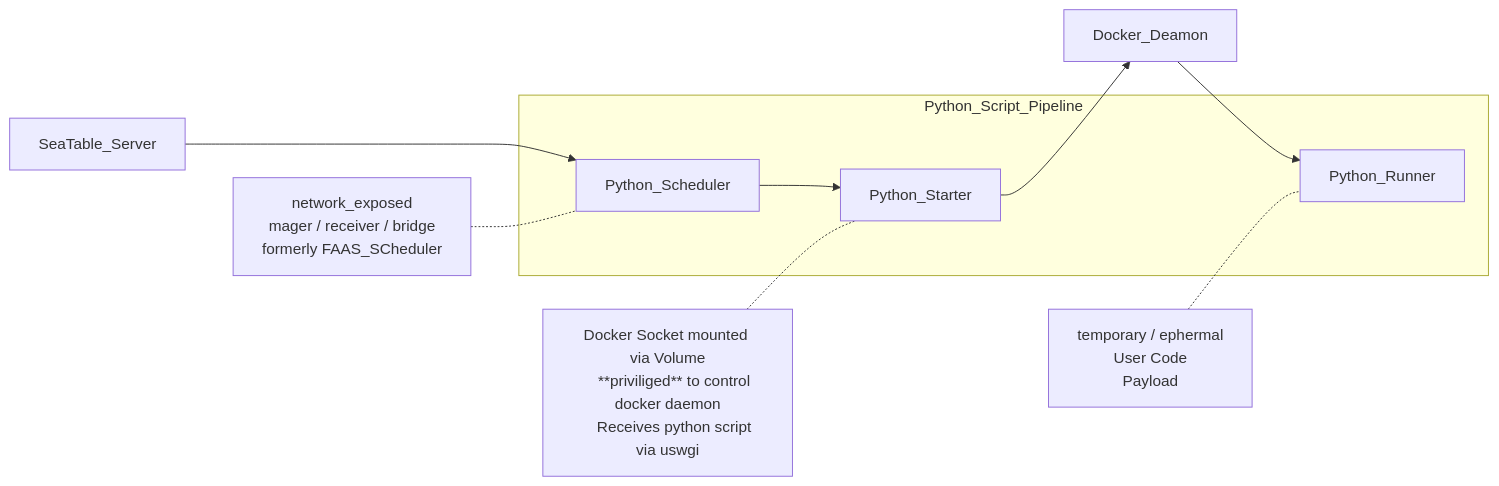
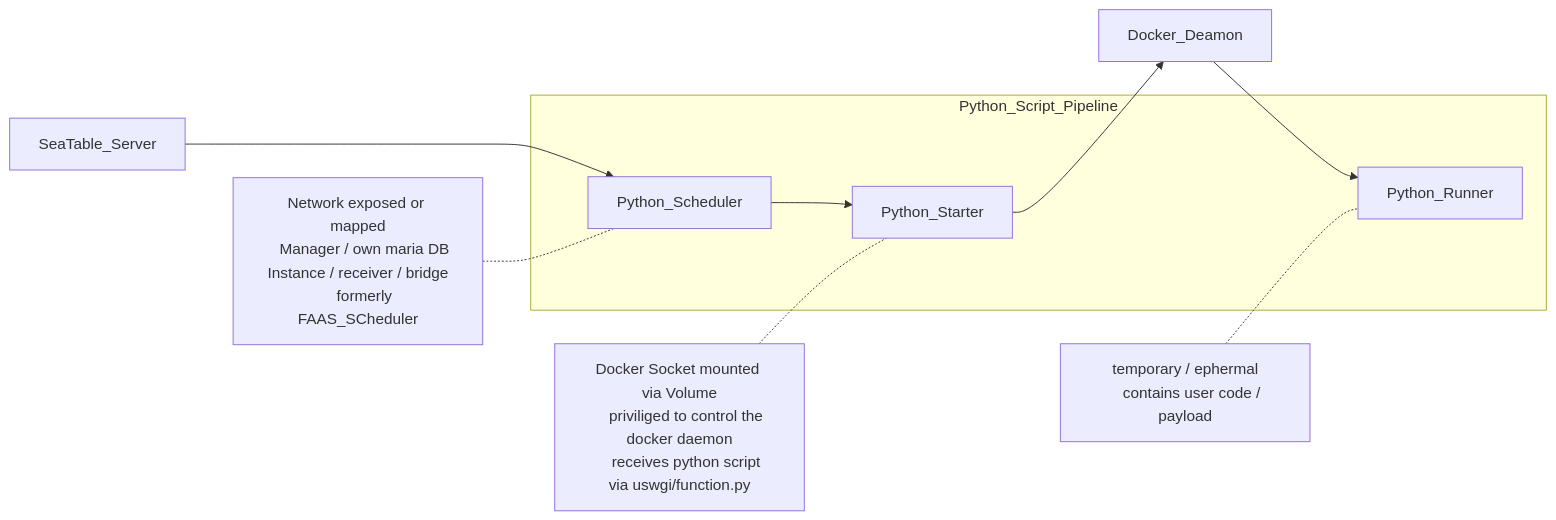
One commit to seatable/python-pipeline changed the diagram in readme.md. Above: the diagram before and after it, drawn with Mermaid. The commit also changed other lines of this file and 4 other files, not shown here.

````diff
--- a/readme.md
+++ b/readme.md
@@ -5,25 +6,24 @@
 ```mermaid
 flowchart LR
 
     subgraph Python_Script_Pipeline
         Python_Scheduler --> Python_Starter
         Python_Runner
     end
 
     Docker_Deamon
     SeaTable_Server ---> Python_Scheduler
     Python_Starter --> Docker_Deamon
     Docker_Deamon --> Python_Runner
 
     note1["Docker Socket mounted via Volume
-    **priviliged** to control docker daemon
-    Receives python script via uswgi"] -.- Python_Starter
+    priviliged to control the docker daemon
+    receives python script via uswgi/function.py"] -.- Python_Starter
 
-    note2["network_exposed
-            mager / receiver / bridge
-            formerly FAAS_SCheduler"] -.- Python_Scheduler
+    note2["Network exposed or mapped
+    Manager / own maria DB Instance / receiver / bridge
+    formerly FAAS_SCheduler"] -.- Python_Scheduler
 
     note3["temporary / ephermal
-            User Code
-            Payload"] -.- Python_Runner
+    contains user code / payload"] -.- Python_Runner
 ```
````
